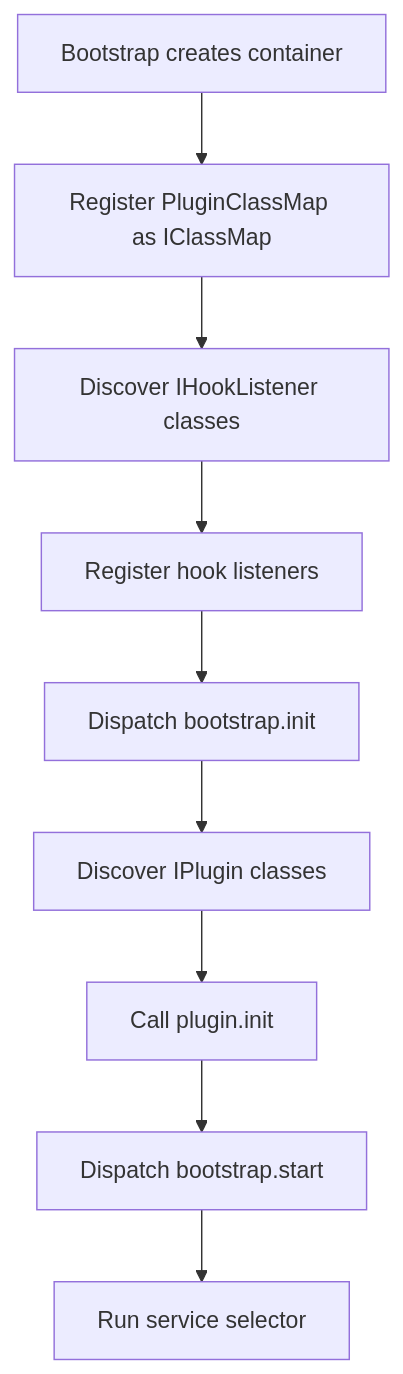
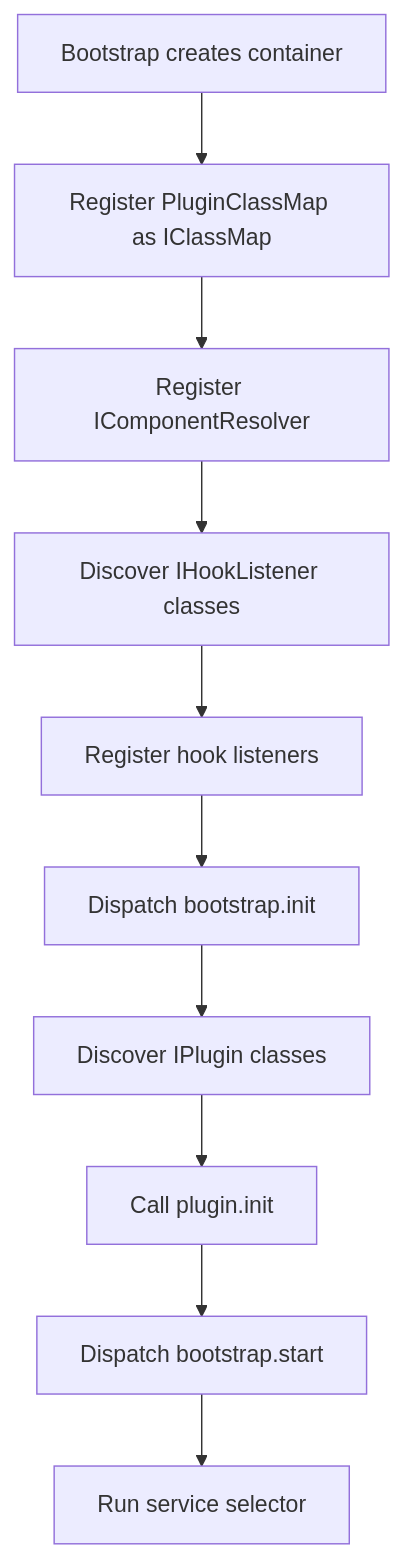
The first of 3 diagrams in docs/classmap.md (ddbase3/Base3Framework), drawn with Mermaid before and after one commit. The commit also changed other lines of this file and 11 other files, not shown here.

````diff
--- a/docs/classmap.md
+++ b/docs/classmap.md
@@ -713,11 +725,12 @@
 ```mermaid id="jqubeb"
 flowchart TD
 	A[Bootstrap creates container] --> B[Register PluginClassMap as IClassMap]
-	B --> C[Discover IHookListener classes]
+	B --> R[Register IComponentResolver]
+	R --> C[Discover IHookListener classes]
 	C --> D[Register hook listeners]
 	D --> E[Dispatch bootstrap.init]
 	E --> F[Discover IPlugin classes]
 	F --> G[Call plugin.init]
 	G --> H[Dispatch bootstrap.start]
 	H --> I[Run service selector]
 ```
````
